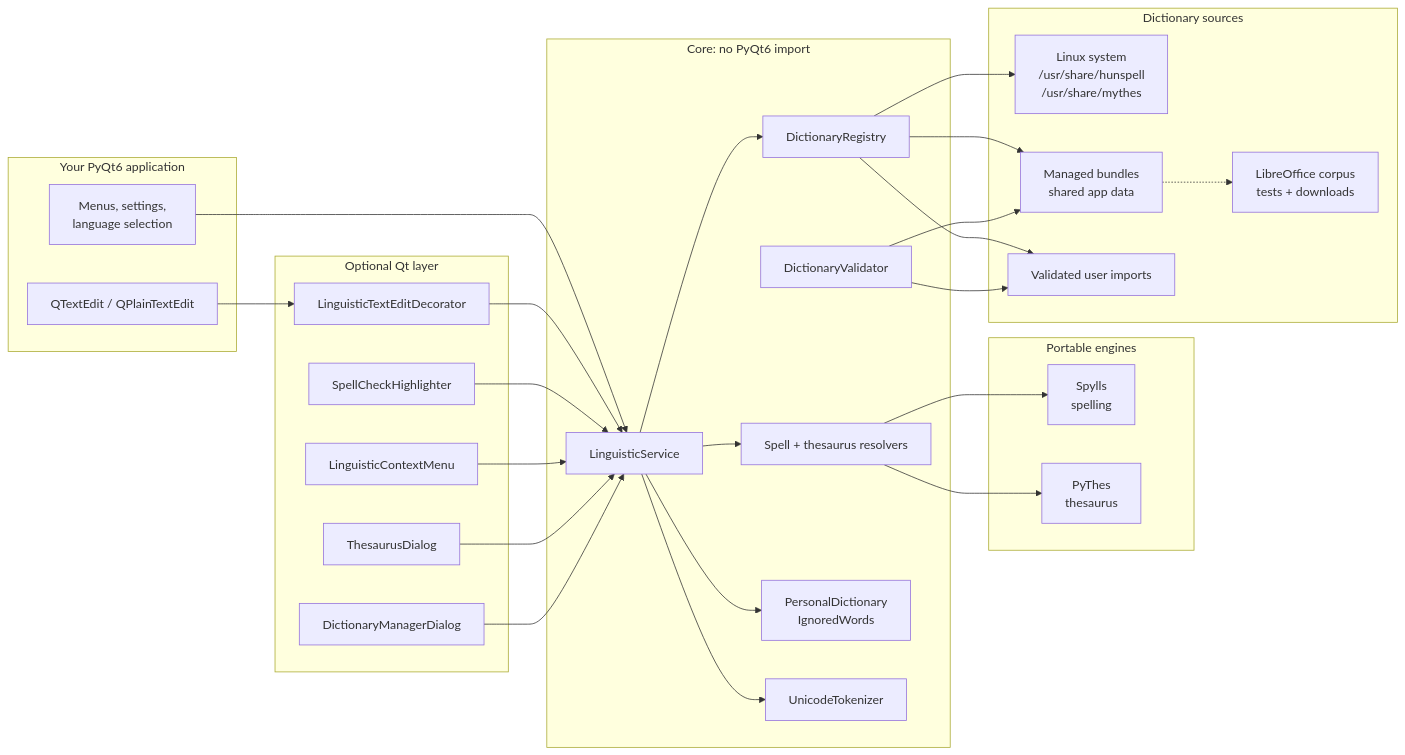
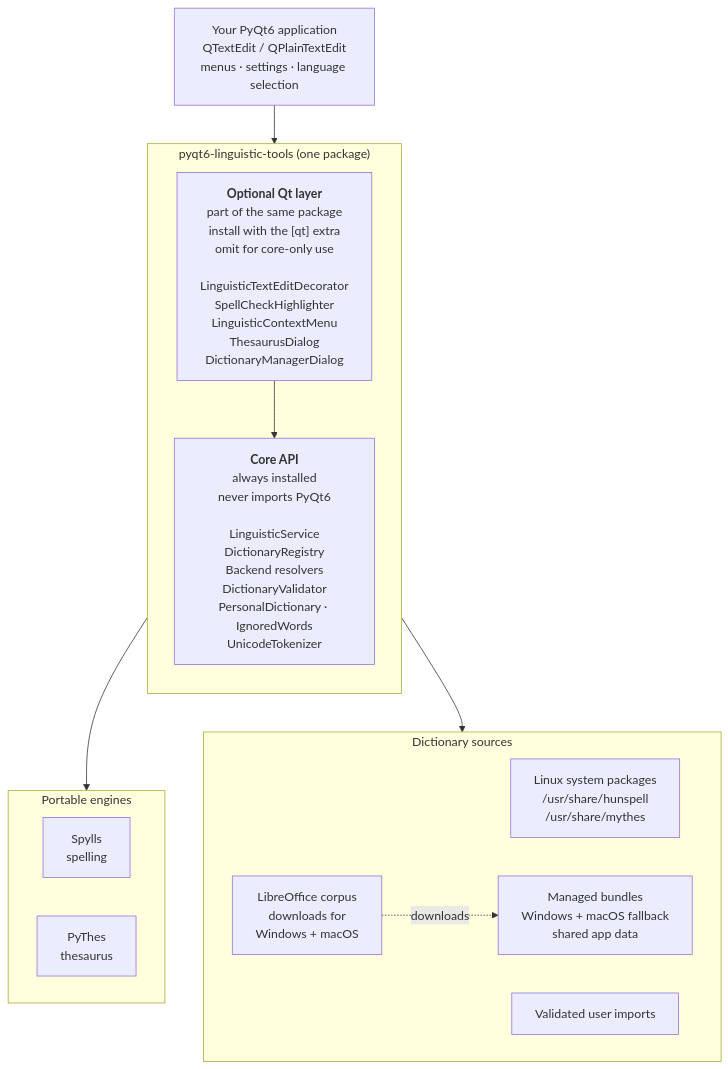
Before and after one commit to wachin/pyqt6-linguistic-tools: the diagram in README.md, drawn with Mermaid. The commit also changed other lines of this file, not shown here.

Commit message:
docs(readme): make the architecture diagram vertical and clarify scope
Render the Mermaid flow top-down, put both the optional Qt layer and the core
API inside the toolkit package, and state explicitly that the Qt layer is an
optional part of the same package while the core is always installed and never
imports PyQt6.

Label the LibreOffice downloadable bundles and the managed bundles as the
Windows and macOS fallback, and explain the platform split in the prose.

````diff
--- a/README.md
+++ b/README.md
@@ -51,56 +51,30 @@
 ```mermaid
-flowchart LR
-    subgraph Host["Your PyQt6 application"]
-        Editor["QTextEdit / QPlainTextEdit"]
-        Menus["Menus, settings,<br/>language selection"]
-    end
+flowchart TB
+    App["Your PyQt6 application<br/>QTextEdit / QPlainTextEdit<br/>menus · settings · language selection"]
 
-    subgraph QtLayer["Optional Qt layer"]
-        Decorator["LinguisticTextEditDecorator"]
-        Highlight["SpellCheckHighlighter"]
-        Context["LinguisticContextMenu"]
-        Thesaurus["ThesaurusDialog"]
-        Manager["DictionaryManagerDialog"]
-    end
-
-    subgraph Core["Core: no PyQt6 import"]
-        Service["LinguisticService"]
-        Registry["DictionaryRegistry"]
-        Resolver["Spell + thesaurus resolvers"]
-        Validator["DictionaryValidator"]
-        Personal["PersonalDictionary<br/>IgnoredWords"]
-        Tokenizer["UnicodeTokenizer"]
+    subgraph Toolkit["pyqt6-linguistic-tools (one package)"]
+        direction TB
+        Qt["<b>Optional Qt layer</b><br/>part of the same package<br/>install with the [qt] extra<br/>omit for core-only use<br/><br/>LinguisticTextEditDecorator<br/>SpellCheckHighlighter<br/>LinguisticContextMenu<br/>ThesaurusDialog<br/>DictionaryManagerDialog"]
+        Core["<b>Core API</b><br/>always installed<br/>never imports PyQt6<br/><br/>LinguisticService<br/>DictionaryRegistry<br/>Backend resolvers<br/>DictionaryValidator<br/>PersonalDictionary · IgnoredWords<br/>UnicodeTokenizer"]
+        Qt --> Core
     end
 
     subgraph Engines["Portable engines"]
+        direction LR
         Spylls["Spylls<br/>spelling"]
         PyThes["PyThes<br/>thesaurus"]
     end
 
     subgraph Sources["Dictionary sources"]
-        System["Linux system<br/>/usr/share/hunspell<br/>/usr/share/mythes"]
-        Managed["Managed bundles<br/>shared app data"]
+        direction LR
+        System["Linux system packages<br/>/usr/share/hunspell<br/>/usr/share/mythes"]
+        Managed["Managed bundles<br/>Windows + macOS fallback<br/>shared app data"]
         User["Validated user imports"]
-        Corpus["LibreOffice corpus<br/>tests + downloads"]
+        Corpus["LibreOffice corpus<br/>downloads for<br/>Windows + macOS"]
     end
 
-    Editor --> Decorator
-    Menus --> Service
-    Decorator --> Service
-    Highlight --> Service
-    Context --> Service
-    Thesaurus --> Service
-    Manager --> Service
-    Service --> Tokenizer
-    Service --> Personal
-    Service --> Registry
-    Service --> Resolver
-    Registry --> System
-    Registry --> Managed
-    Registry --> User
-    Validator --> Managed
-    Validator --> User
-    Managed -.-> Corpus
-    Resolver --> Spylls
-    Resolver --> PyThes
+    App --> Toolkit
+    Core --> Engines
+    Core --> Sources
+    Corpus -.->|downloads| Managed
 ```
````
